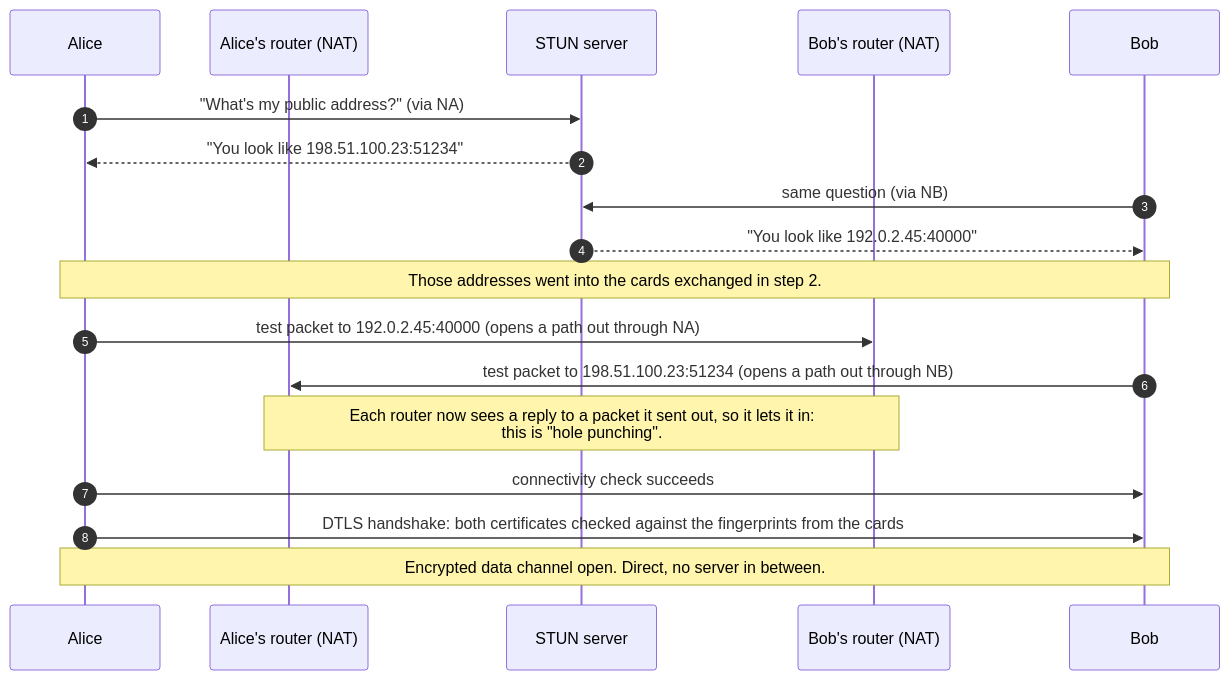
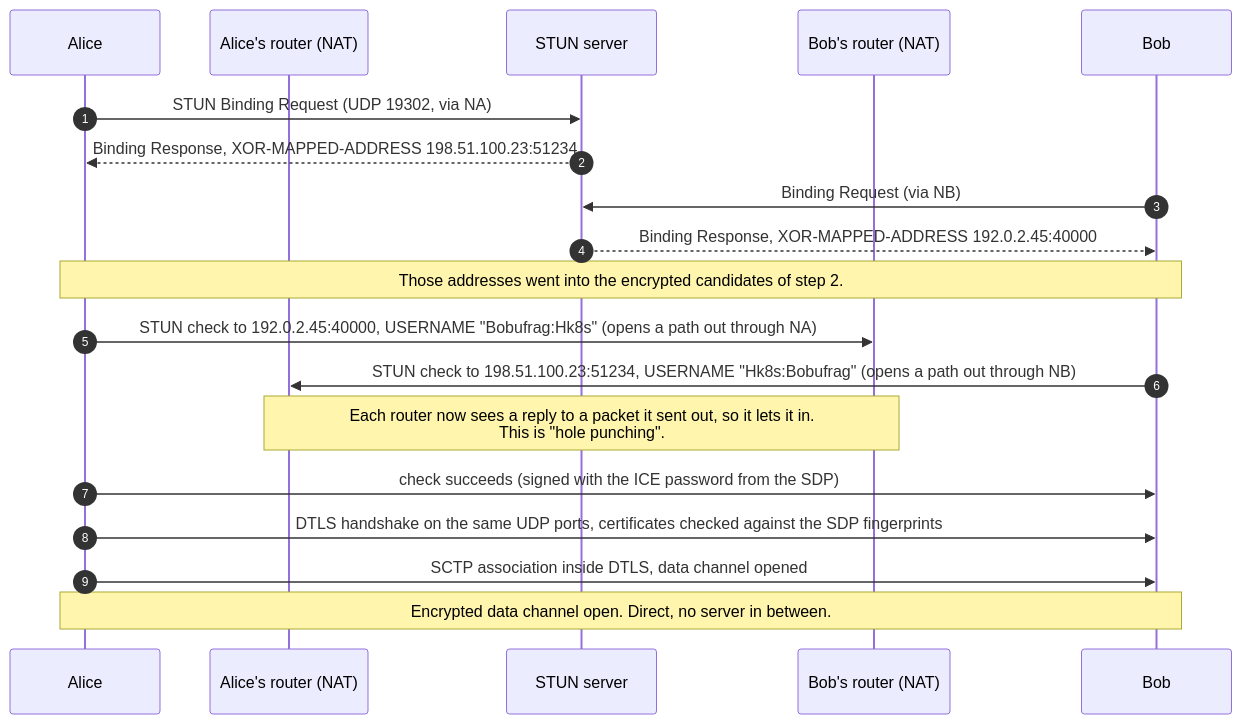
One commit to common-sec/secure-share changed the third of 6 diagrams in docs/COMMUNICATION.md. Above: the diagram before and after it, drawn with Mermaid. The commit also changed other lines of this file, not shown here.

First line of the commit message:
Explain the connection with real message examples, sources and ports

````diff
--- a/docs/COMMUNICATION.md
+++ b/docs/COMMUNICATION.md
@@ -106,21 +245,22 @@
 ```mermaid
 sequenceDiagram
     autonumber
     participant A as Alice
     participant NA as Alice's router (NAT)
     participant ST as STUN server
     participant NB as Bob's router (NAT)
     participant B as Bob
 
-    A->>ST: "What's my public address?" (via NA)
-    ST-->>A: "You look like 198.51.100.23:51234"
-    B->>ST: same question (via NB)
-    ST-->>B: "You look like 192.0.2.45:40000"
-    Note over A,B: Those addresses went into the cards exchanged in step 2.
-    A->>NB: test packet to 192.0.2.45:40000 (opens a path out through NA)
-    B->>NA: test packet to 198.51.100.23:51234 (opens a path out through NB)
-    Note over NA,NB: Each router now sees a reply to a packet it sent out, so it lets it in:<br/>this is "hole punching".
-    A->>B: connectivity check succeeds
-    A->>B: DTLS handshake: both certificates checked against the fingerprints from the cards
+    A->>ST: STUN Binding Request (UDP 19302, via NA)
+    ST-->>A: Binding Response, XOR-MAPPED-ADDRESS 198.51.100.23:51234
+    B->>ST: Binding Request (via NB)
+    ST-->>B: Binding Response, XOR-MAPPED-ADDRESS 192.0.2.45:40000
+    Note over A,B: Those addresses went into the encrypted candidates of step 2.
+    A->>NB: STUN check to 192.0.2.45:40000, USERNAME "Bobufrag:Hk8s" (opens a path out through NA)
+    B->>NA: STUN check to 198.51.100.23:51234, USERNAME "Hk8s:Bobufrag" (opens a path out through NB)
+    Note over NA,NB: Each router now sees a reply to a packet it sent out, so it lets it in.<br/>This is "hole punching".
+    A->>B: check succeeds (signed with the ICE password from the SDP)
+    A->>B: DTLS handshake on the same UDP ports, certificates checked against the SDP fingerprints
+    A->>B: SCTP association inside DTLS, data channel opened
     Note over A,B: Encrypted data channel open. Direct, no server in between.
 ```
````
